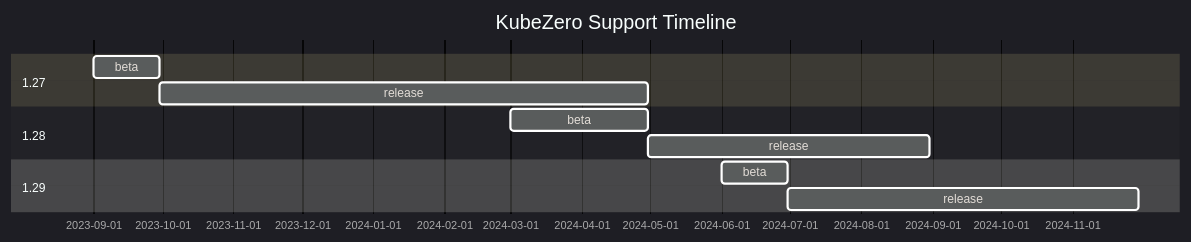
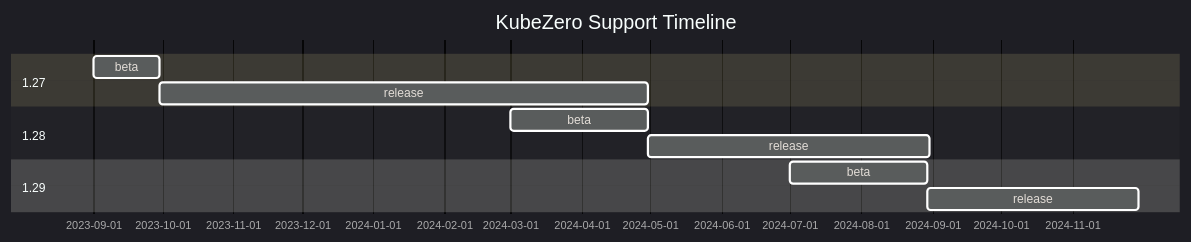
Before and after one commit to Zero-Down-Time/kubezero: the diagram in README.md, drawn with Mermaid.

````diff
--- a/README.md
+++ b/README.md
@@ -26,15 +26,15 @@
 ```mermaid
 %%{init: {'theme':'dark'}}%%
 gantt
     title KubeZero Support Timeline
     dateFormat  YYYY-MM-DD
     section 1.27
     beta     :127b, 2023-09-01, 2023-09-30
     release  :after 127b, 2024-04-30
     section 1.28
     beta     :128b, 2024-03-01, 2024-04-30
     release  :after 128b, 2024-08-31
     section 1.29
-    beta     :129b, 2024-06-01, 2024-06-30
+    beta     :129b, 2024-07-01, 2024-08-30
     release  :after 129b, 2024-11-30
 ```
````
